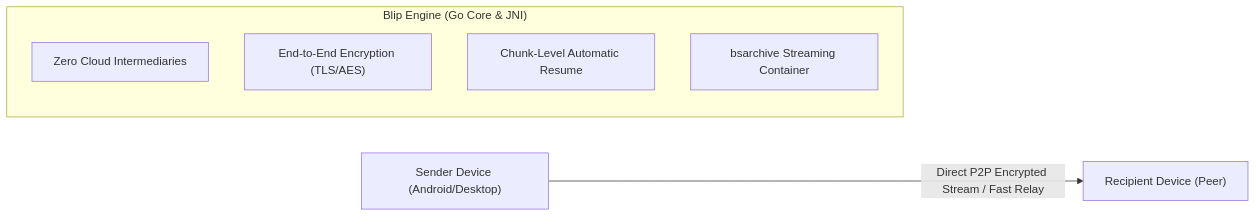
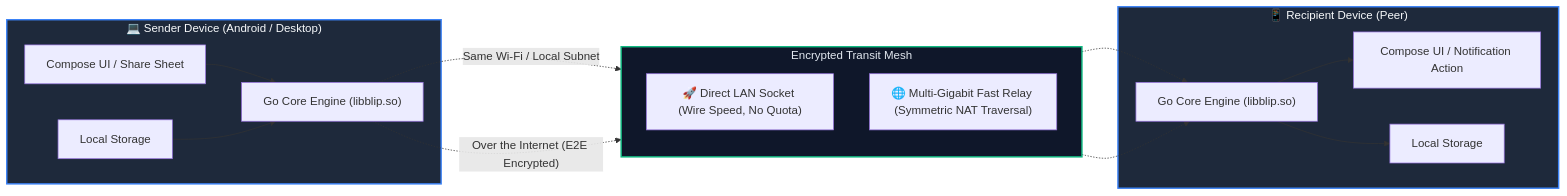
One commit to smartworldarafath/Blip changed the first of 2 diagrams in README.md. Above: the diagram before and after it, drawn with Mermaid. The commit also changed other lines of this file, not shown here.

Commit message:
docs: upgrade README with editorial diagrams, comparison matrix, and deep architecture breakdown

````diff
--- a/README.md
+++ b/README.md
@@ -30,10 +76,26 @@
 ```mermaid
 flowchart LR
-    A["Sender Device (Android/Desktop)"] -- "Direct P2P Encrypted Stream / Fast Relay" --> B["Recipient Device (Peer)"]
-    subgraph "Blip Engine (Go Core & JNI)"
-        C["Zero Cloud Intermediaries"]
-        D["End-to-End Encryption (TLS/AES)"]
-        E["Chunk-Level Automatic Resume"]
-        F["bsarchive Streaming Container"]
+    subgraph Sender["💻 Sender Device (Android / Desktop)"]
+        UI1["Compose UI / Share Sheet"] --> Engine1["Go Core Engine (libblip.so)"]
+        Disk1["Local Storage"] --> Engine1
     end
+
+    subgraph Transport["Encrypted Transit Mesh"]
+        direction TB
+        LAN["🚀 Direct LAN Socket (Wire Speed, No Quota)"]
+        WAN["🌐 Multi-Gigabit Fast Relay (Symmetric NAT Traversal)"]
+    end
+
+    subgraph Recipient["📱 Recipient Device (Peer)"]
+        Engine2["Go Core Engine (libblip.so)"] --> UI2["Compose UI / Notification Action"]
+        Engine2 --> Disk2["Local Storage"]
+    end
+
+    Engine1 -. "Same Wi-Fi / Local Subnet" .-> LAN -.-> Engine2
+    Engine1 -. "Over the Internet (E2E Encrypted)" .-> WAN -.-> Engine2
+
+    classDef device fill:#1E293B,stroke:#3B82F6,stroke-width:2px,color:#F8FAFC;
+    classDef transit fill:#0F172A,stroke:#10B981,stroke-width:2px,color:#E2E8F0;
+    class Sender,Recipient device;
+    class Transport transit;
 ```
````
